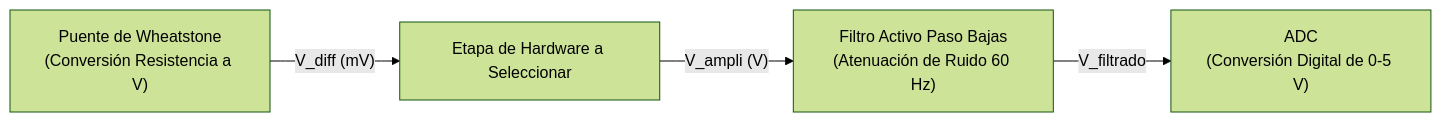
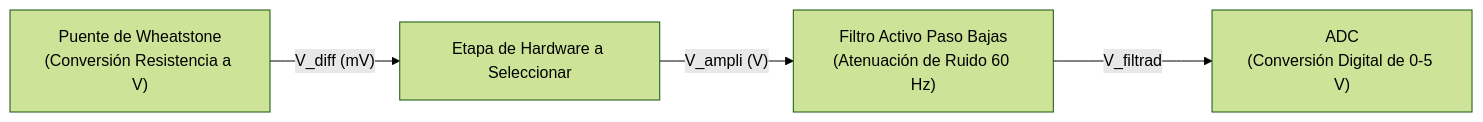
One commit to cerino-115/Diagramas changed the third of 3 diagrams in README.md. Above: the diagram before and after it, drawn with Mermaid (forest theme).

Commit message:
Fix formatting in README.md flowchart

````diff
--- a/README.md
+++ b/README.md
@@ -27,11 +27,11 @@
 ```mermaid  
 flowchart LR
     A["Puente de Wheatstone
-(Conversión Resistencia a V)"] -->|"V_diff (mV)"| B
-    B["Etapa de Hardware a Seleccionar"] -->|"V_ampli (V)"| C
+(Conversión Resistencia a V)"] --V_diff (mV)--> B
+    B["Etapa de Hardware a Seleccionar"] --V_ampli (V)--> C
     C["Filtro Activo Paso Bajas
-(Atenuación de Ruido 60 Hz)"] -->|"V_filtrado"| D
+(Atenuación de Ruido 60 Hz)"] --V_filtrado--> D
     D["ADC
 (Conversión Digital de 0-5 V)"]
 
 ```
````
